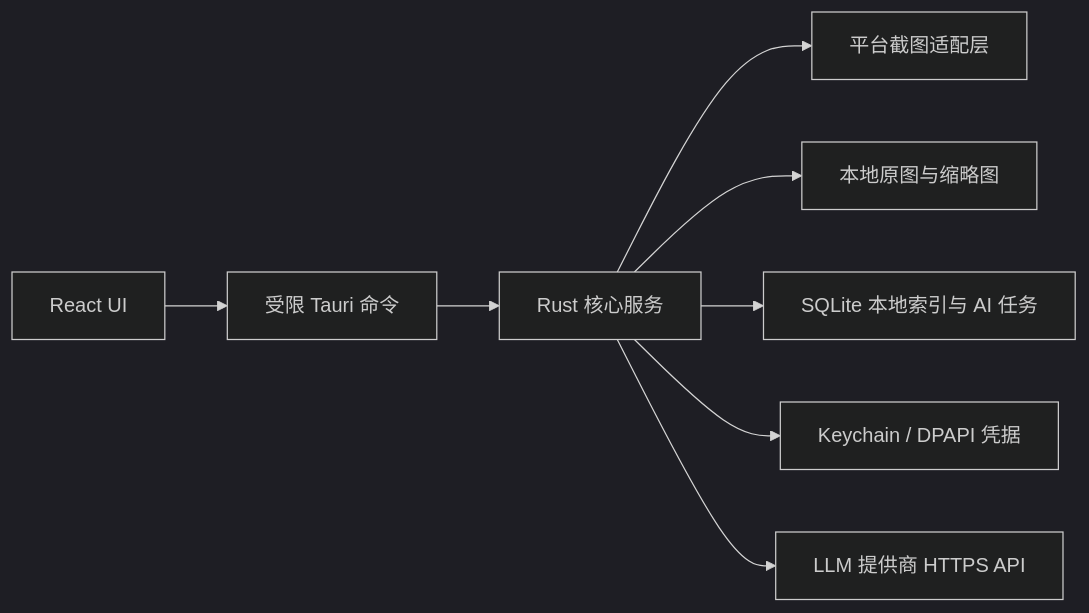
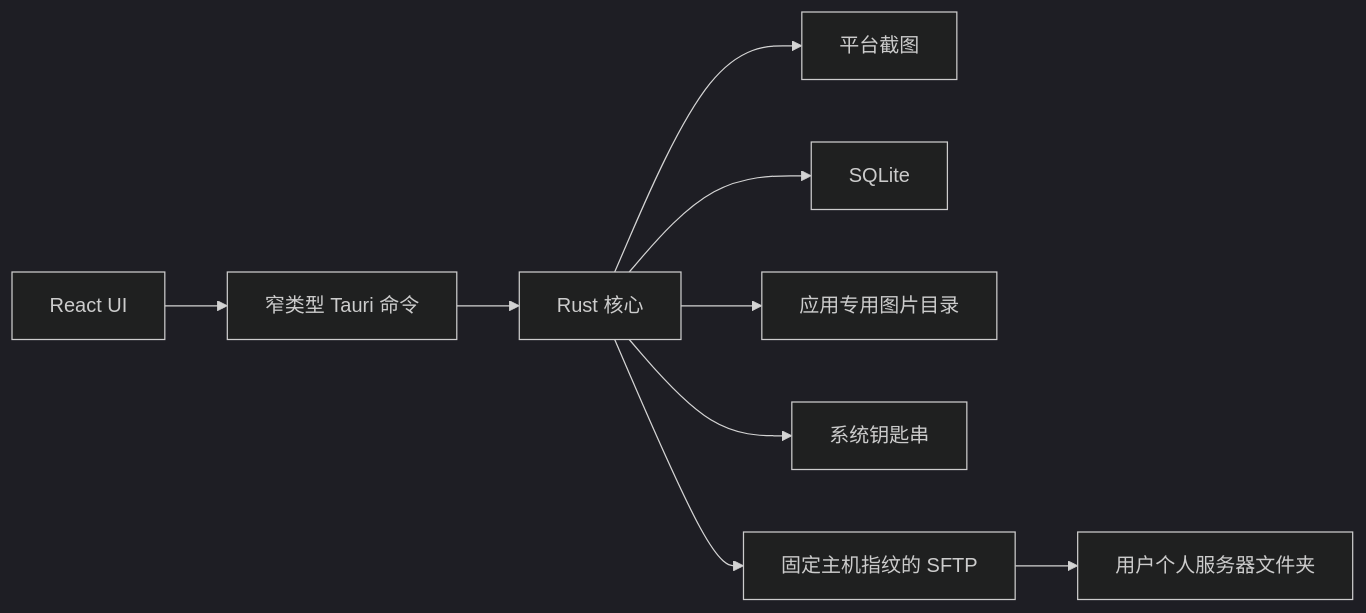
One commit to AlieZVzz/electronic-journey changed the diagram in docs/architecture.md. Above: the diagram before and after it, drawn with Mermaid (dark theme). The commit also changed other lines of this file and 34 other files, not shown here.

Commit message:
Implement core electronic journey capture workflows

````diff
--- a/docs/architecture.md
+++ b/docs/architecture.md
@@ -18,10 +5,11 @@
 ```mermaid
 flowchart LR
-    UI["React UI"] --> IPC["受限 Tauri 命令"]
-    IPC --> CORE["Rust 核心服务"]
-    CORE --> CAPTURE["平台截图适配层"]
-    CORE --> STORAGE["本地原图与缩略图"]
-    CORE --> SQLITE["SQLite 本地索引与 AI 任务"]
-    CORE --> CREDENTIALS["Keychain / DPAPI 凭据"]
-    CORE --> LLM["LLM 提供商 HTTPS API"]
+    UI["React UI"] --> CMD["窄类型 Tauri 命令"]
+    CMD --> CORE["Rust 核心"]
+    CORE --> CAP["平台截图"]
+    CORE --> DB["SQLite"]
+    CORE --> FS["应用专用图片目录"]
+    CORE --> KEY["系统钥匙串"]
+    CORE --> SSH["固定主机指纹的 SFTP"]
+    SSH --> OWNED["用户个人服务器文件夹"]
 ```
````
